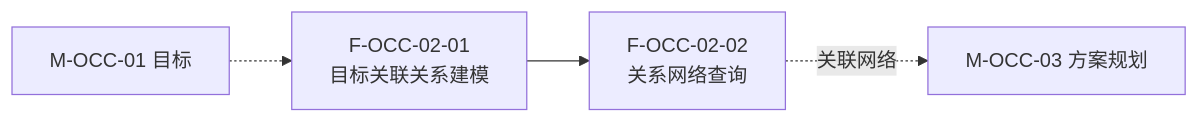
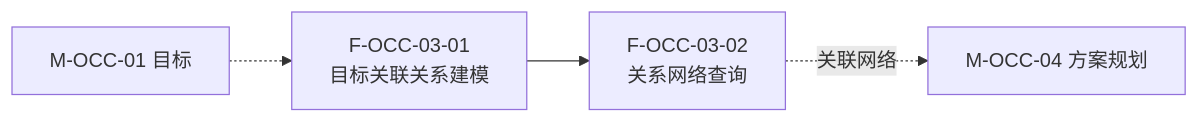
Before and after one commit to Sj-g/obsidian: diagram 28 of 45 in 公司项目/认知作战/文档/软件概要设计-架构图.md, drawn with Mermaid. The commit also changed other lines of this file and 4 other files, not shown here.

````diff
--- a/公司项目/认知作战/文档/软件概要设计-架构图.md
+++ b/公司项目/认知作战/文档/软件概要设计-架构图.md
@@ -696,9 +603,9 @@
 ```mermaid
 flowchart LR
-    F0201["F-OCC-02-01<br/>目标关联关系建模"]
-    F0202["F-OCC-02-02<br/>关系网络查询"]
+    F0301["F-OCC-03-01<br/>目标关联关系建模"]
+    F0302["F-OCC-03-02<br/>关系网络查询"]
 
-    F0201 --> F0202
-    EXT["M-OCC-01 目标"] -.-> F0201
-    F0202 -.->|"关联网络"| EXT2["M-OCC-03 方案规划"]
+    F0301 --> F0302
+    EXT["M-OCC-01 目标"] -.-> F0301
+    F0302 -.->|"关联网络"| EXT2["M-OCC-04 方案规划"]
 ```
````
